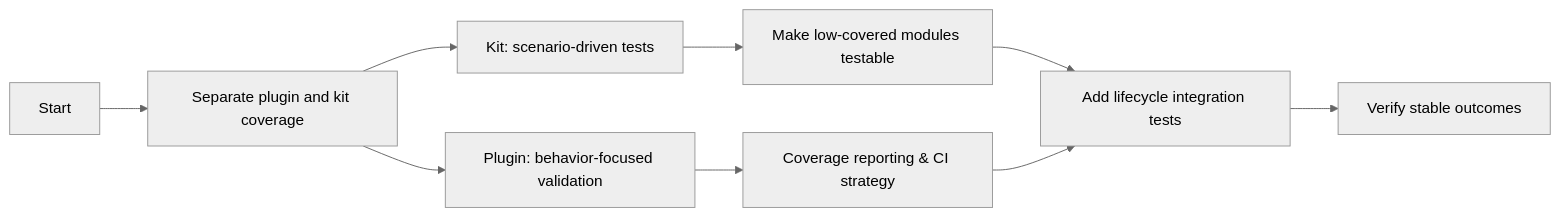
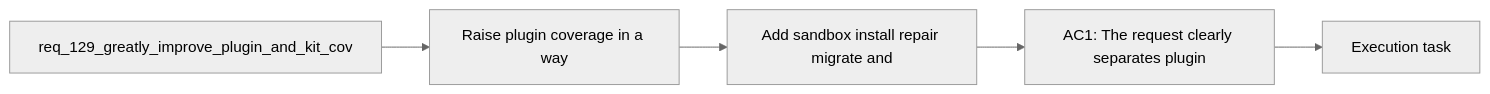
The diagram in logics/backlog/item_242_add_sandbox_install_repair_migrate_and_update_lifecycle_coverage_for_the_logics_kit.md (AlexAgo83/logics-manager), drawn with Mermaid (neutral theme) before and after one commit. The commit also changed 481 other files, not shown here.

````diff
--- a/logics/backlog/item_242_add_sandbox_install_repair_migrate_and_update_lifecycle_coverage_for_the_logics_kit.md
+++ b/logics/backlog/item_242_add_sandbox_install_repair_migrate_and_update_lifecycle_coverage_for_the_logics_kit.md
@@ -24,13 +24,9 @@
 ```mermaid
 %% logics-kind: backlog
 %% logics-signature: backlog|add-sandbox-install-repair-migrate-and-u|req-129-greatly-improve-plugin-and-kit-c|raise-plugin-coverage-in-a-way|ac1-the-request-clearly-separates-plugin
 flowchart LR
-    A[Start] --> B[Separate plugin and kit coverage]
-    B --> C[Plugin: behavior-focused validation]
-    B --> D[Kit: scenario-driven tests]
-    C --> E[Coverage reporting & CI strategy]
-    D --> F[Make low-covered modules testable]
-    F --> G[Add lifecycle integration tests]
-    E --> G
-    G --> H[Verify stable outcomes]
+    Request[req_129_greatly_improve_plugin_and_kit_cov] --> Problem[Raise plugin coverage in a way]
+    Problem --> Scope[Add sandbox install repair migrate and]
+    Scope --> Acceptance[AC1: The request clearly separates plugin]
+    Acceptance --> Tasks[Execution task]
 ```
````
